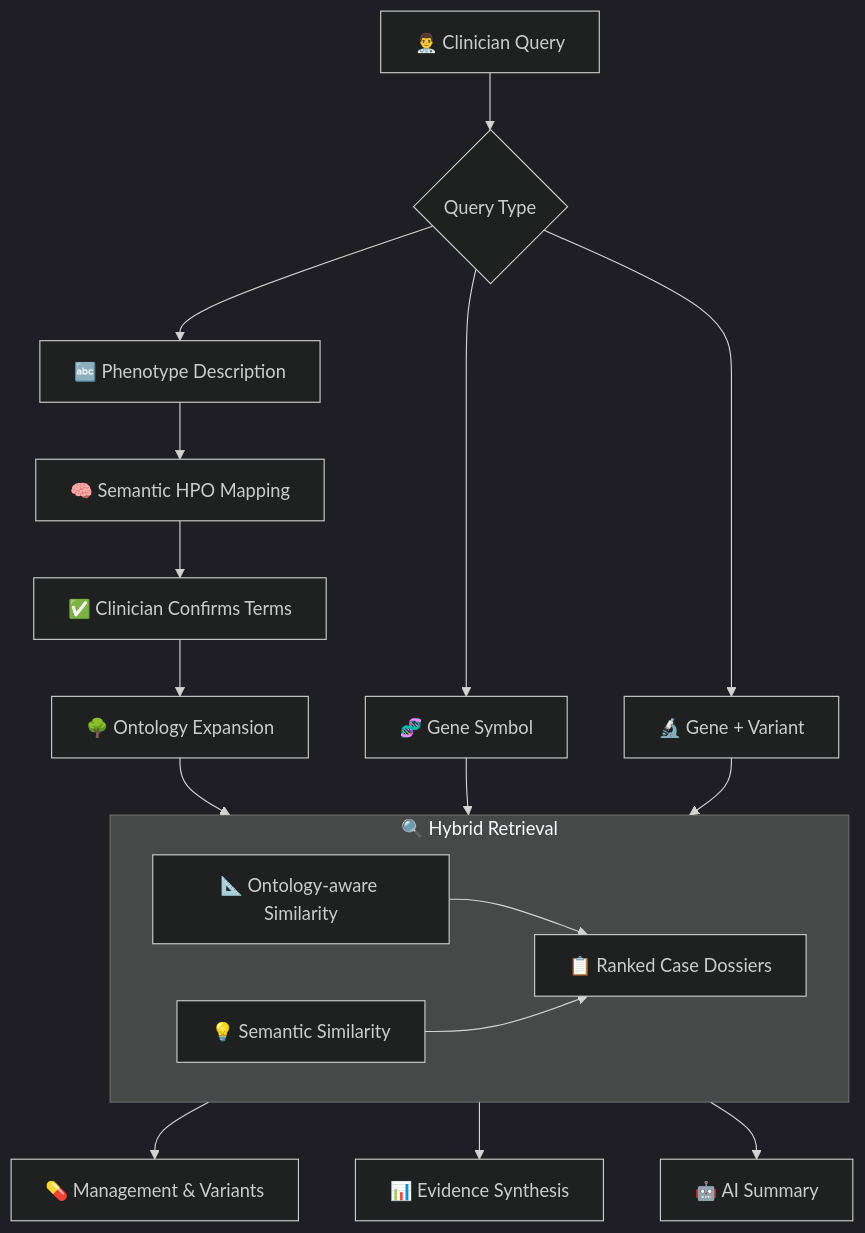
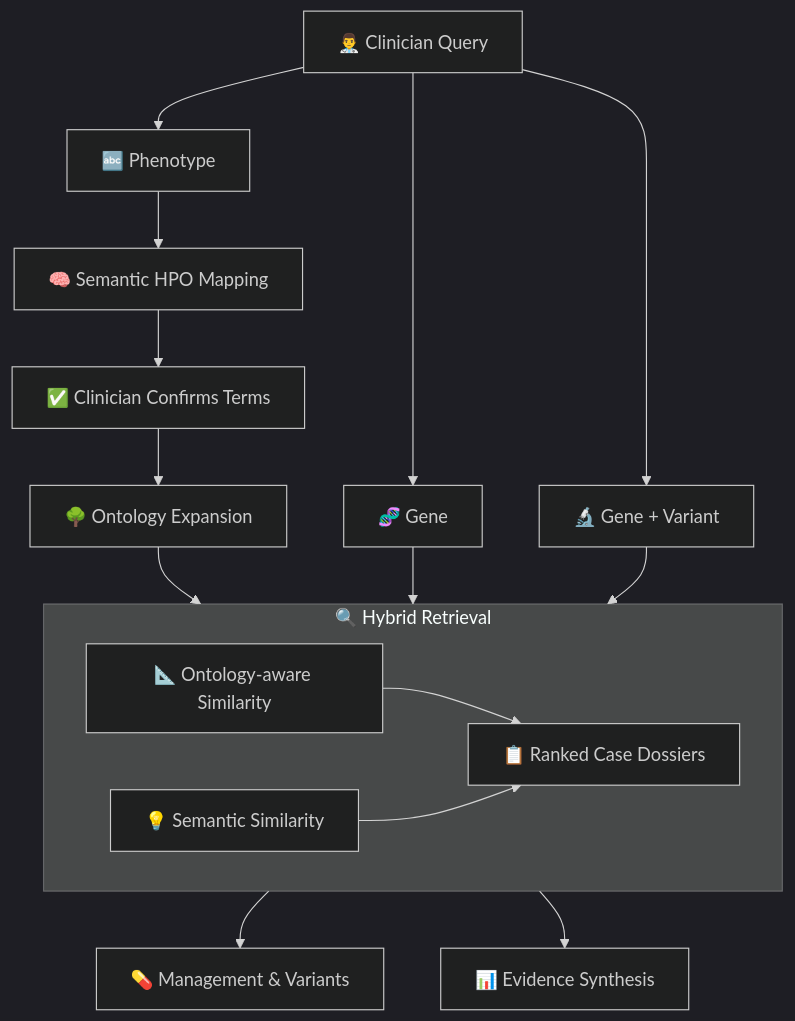
Before and after one commit to suryamukhikuchibhotla/RareDex-documentation: the diagram in README.md, drawn with Mermaid (dark theme).

````diff
--- a/README.md
+++ b/README.md
@@ -51,25 +51,15 @@
 ```mermaid
 flowchart TD
-    A[👨‍⚕️ Clinician Query] --> B{Query Type}
-    B --> C[🔤 Phenotype Description]
-    B --> D[🧬 Gene Symbol]
-    B --> E[🔬 Gene + Variant]
+    A[👨‍⚕️ Clinician Query] --> B[🔤 Phenotype] & C[🧬 Gene] & D[🔬 Gene + Variant]
+    B --> E[🧠 Semantic HPO Mapping]
+    E --> F[✅ Clinician Confirms Terms]
+    F --> G[🌳 Ontology Expansion]
+    G & C & D --> H
 
-    C --> F[🧠 Semantic HPO Mapping]
-    F --> G[✅ Clinician Confirms Terms]
-    G --> H[🌳 Ontology Expansion]
-
-    H --> I
-    D --> I
-    E --> I
-
-    subgraph Retrieval [" 🔍 Hybrid Retrieval "]
+    subgraph H [" 🔍 Hybrid Retrieval "]
     direction LR
-        I[📐 Ontology-aware Similarity] --> K[📋 Ranked Case Dossiers]
-        J[💡 Semantic Similarity] --> K
+        I[📐 Ontology-aware Similarity] & J[💡 Semantic Similarity] --> K[📋 Ranked Case Dossiers]
     end
 
-    K --> M[💊 Management & Variants]
-    K --> N[📊 Evidence Synthesis]
-    K --> O[🤖 AI Summary]
+    K --> L[💊 Management & Variants] & M[📊 Evidence Synthesis]
 ```
````
